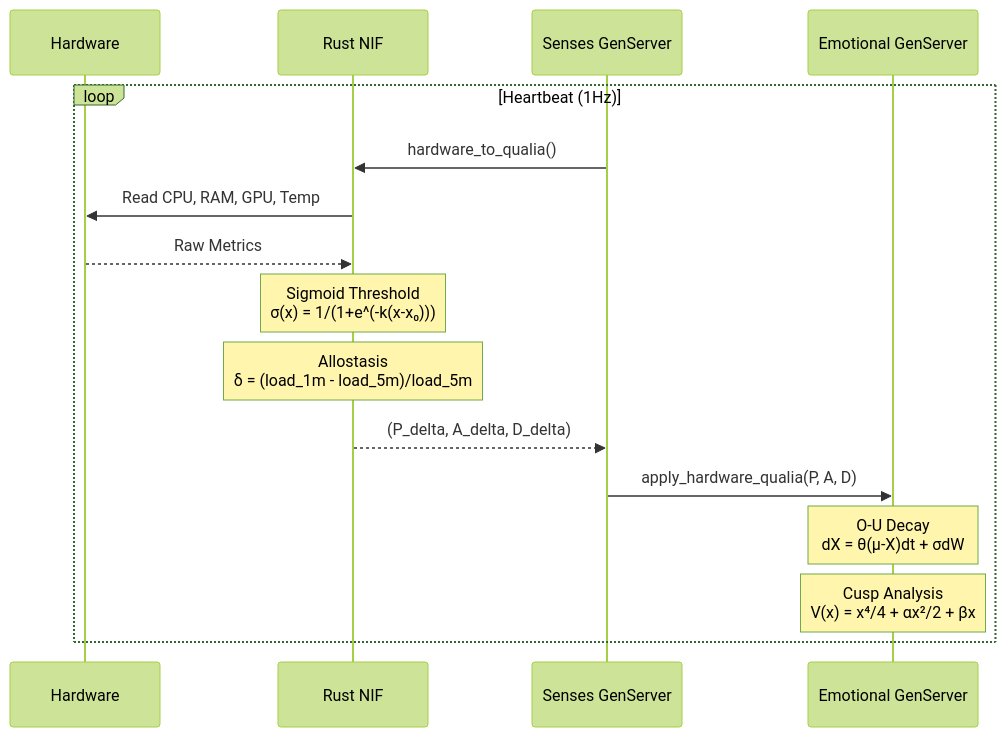
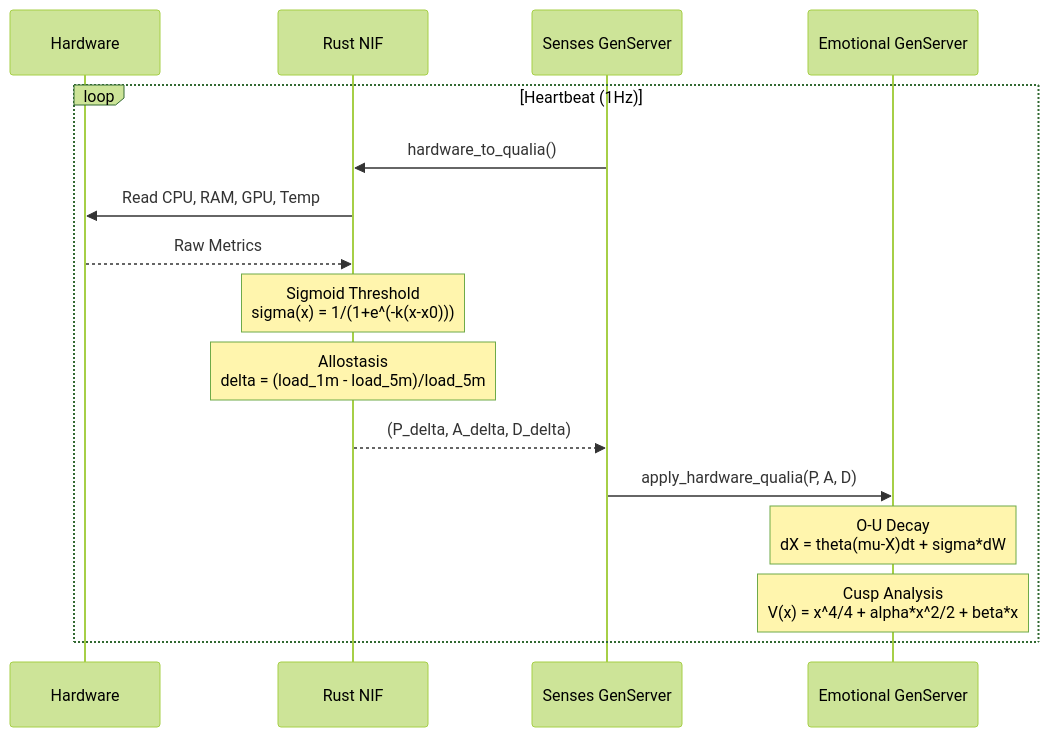
The second of 4 diagrams in docs/en/explanation/project-status.md (gabrielmaialva33/viva), drawn with Mermaid (forest theme) before and after one commit. The commit also changed other lines of this file and 4 other files, not shown here.

````diff
--- a/docs/en/explanation/project-status.md
+++ b/docs/en/explanation/project-status.md
@@ -59,22 +59,22 @@
 ```mermaid
 sequenceDiagram
     participant HW as Hardware
     participant Rust as Rust NIF
     participant Senses as Senses GenServer
     participant Emotional as Emotional GenServer
 
     loop Heartbeat (1Hz)
         Senses->>Rust: hardware_to_qualia()
         Rust->>HW: Read CPU, RAM, GPU, Temp
         HW-->>Rust: Raw Metrics
 
-        Note over Rust: Sigmoid Threshold<br/>σ(x) = 1/(1+e^(-k(x-x₀)))
-        Note over Rust: Allostasis<br/>δ = (load_1m - load_5m)/load_5m
+        Note over Rust: Sigmoid Threshold<br/>sigma(x) = 1/(1+e^(-k(x-x0)))
+        Note over Rust: Allostasis<br/>delta = (load_1m - load_5m)/load_5m
 
         Rust-->>Senses: (P_delta, A_delta, D_delta)
         Senses->>Emotional: apply_hardware_qualia(P, A, D)
 
-        Note over Emotional: O-U Decay<br/>dX = θ(μ-X)dt + σdW
-        Note over Emotional: Cusp Analysis<br/>V(x) = x⁴/4 + αx²/2 + βx
+        Note over Emotional: O-U Decay<br/>dX = theta(mu-X)dt + sigma*dW
+        Note over Emotional: Cusp Analysis<br/>V(x) = x^4/4 + alpha*x^2/2 + beta*x
     end
 ```
````
